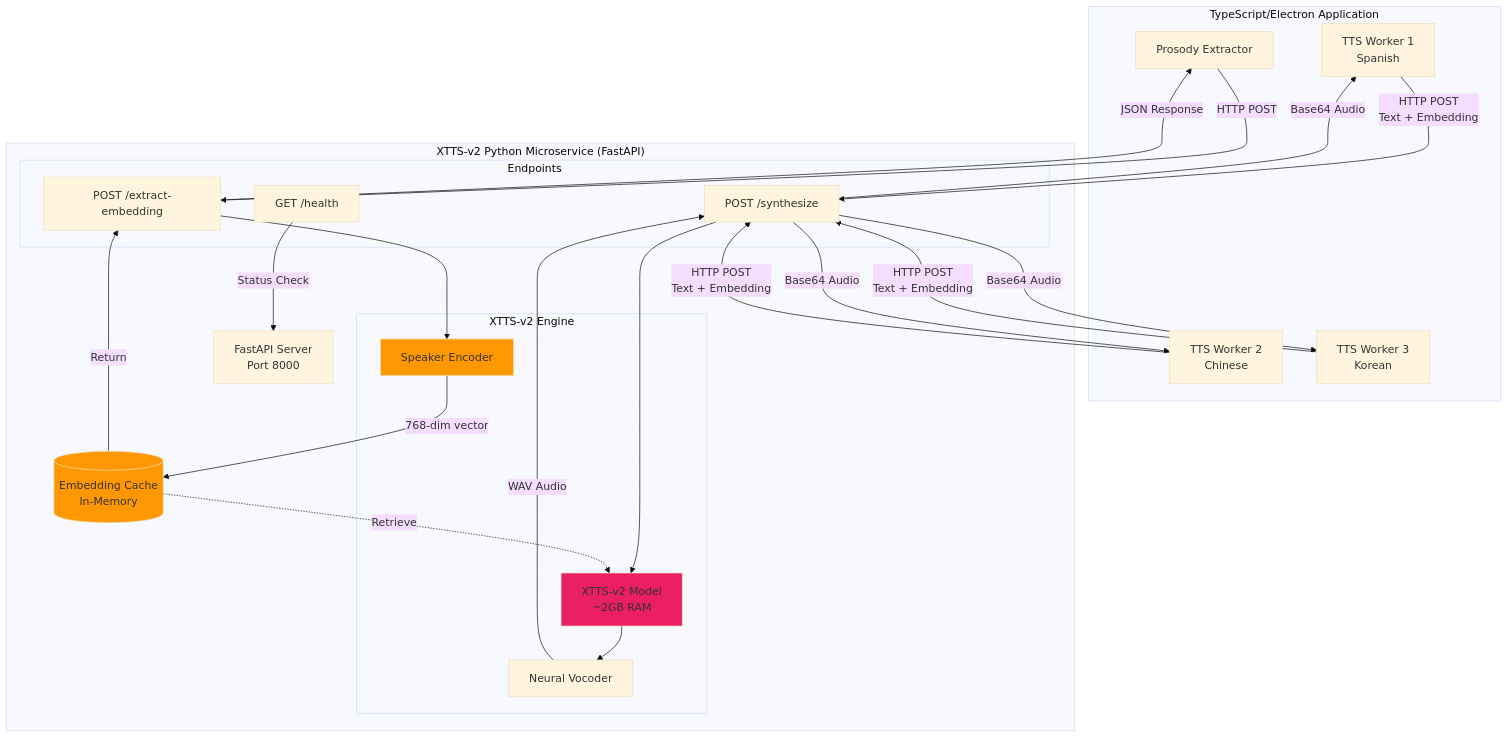
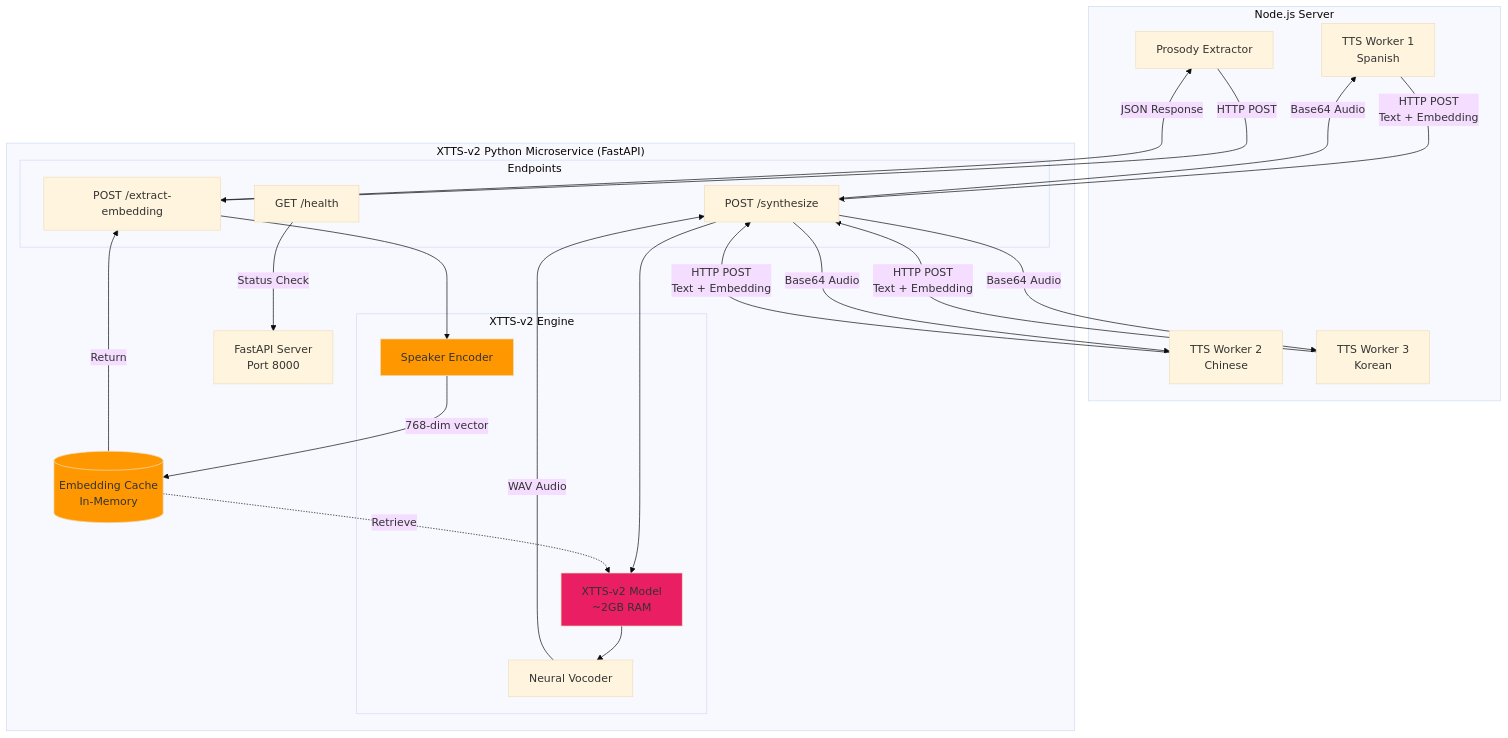
The tenth of 17 diagrams in plans/project-plan.md (naturally-translate/voice-bridge), drawn with Mermaid (base theme) before and after one commit. The commit also changed other lines of this file, not shown here.

````diff
--- a/plans/project-plan.md
+++ b/plans/project-plan.md
@@ -592,51 +643,51 @@
 ```mermaid
 graph TB
-    subgraph "TypeScript/Electron Application"
+    subgraph "Node.js Server"
         TTSWorker1[TTS Worker 1<br/>Spanish]
         TTSWorker2[TTS Worker 2<br/>Chinese]
         TTSWorker3[TTS Worker 3<br/>Korean]
         ProsodyExt[Prosody Extractor]
     end
 
     subgraph "XTTS-v2 Python Microservice (FastAPI)"
         API[FastAPI Server<br/>Port 8000]
 
         subgraph "Endpoints"
             Health[GET /health]
             Extract[POST /extract-embedding]
             Synth[POST /synthesize]
         end
 
         subgraph "XTTS-v2 Engine"
             Model[XTTS-v2 Model<br/>~2GB RAM]
             Speaker[Speaker Encoder]
             Vocoder[Neural Vocoder]
         end
 
         Cache[(Embedding Cache<br/>In-Memory)]
     end
 
     ProsodyExt -->|HTTP POST| Extract
     Extract --> Speaker
     Speaker -->|768-dim vector| Cache
     Cache -->|Return| Extract
     Extract -->|JSON Response| ProsodyExt
 
     TTSWorker1 -->|HTTP POST<br/>Text + Embedding| Synth
     TTSWorker2 -->|HTTP POST<br/>Text + Embedding| Synth
     TTSWorker3 -->|HTTP POST<br/>Text + Embedding| Synth
 
     Synth --> Model
     Cache -.->|Retrieve| Model
     Model --> Vocoder
     Vocoder -->|WAV Audio| Synth
     Synth -->|Base64 Audio| TTSWorker1
     Synth -->|Base64 Audio| TTSWorker2
     Synth -->|Base64 Audio| TTSWorker3
 
     Health -->|Status Check| API
 
     style Model fill:#e91e63
     style Speaker fill:#ff9800
     style Cache fill:#ff9800
 ```
````
